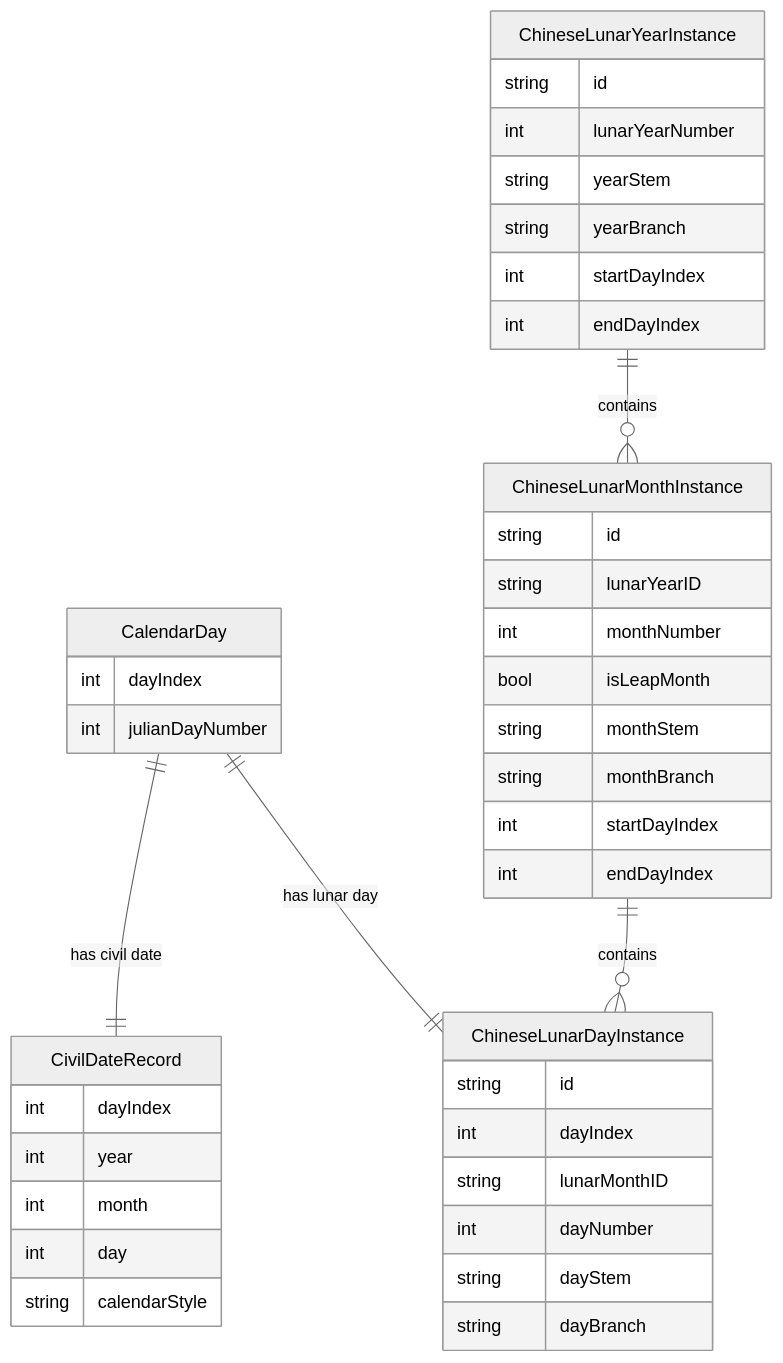
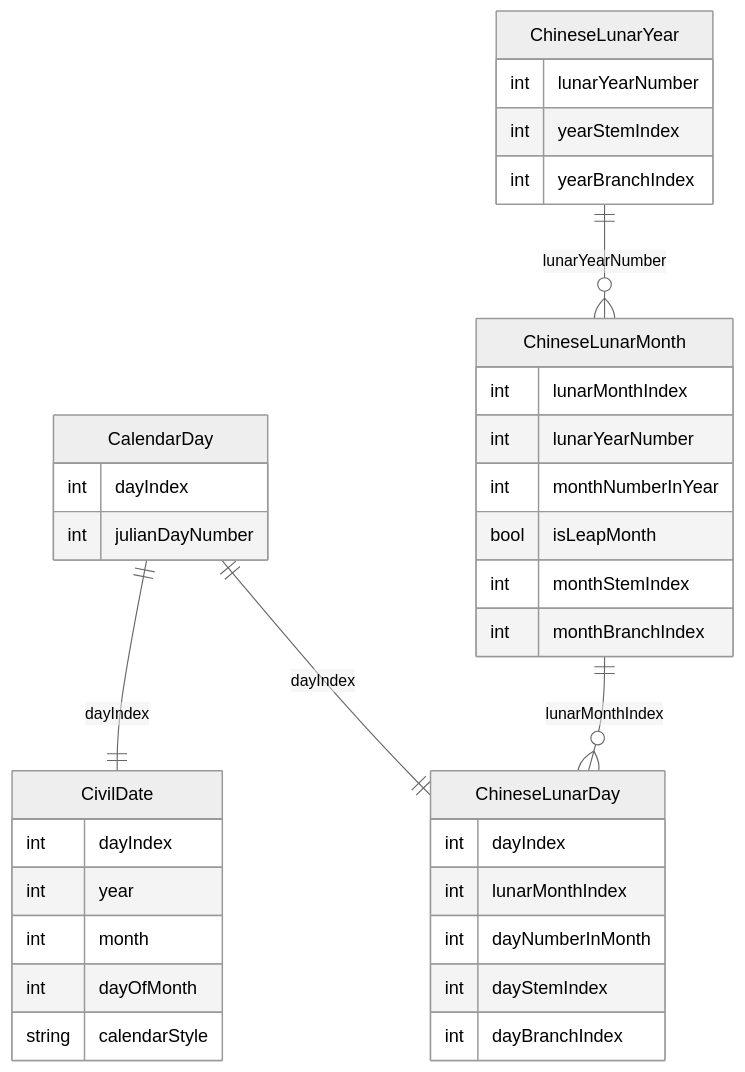
The diagram in Docs/data-model-calendar.md (huahuahu/chinese-calendar), drawn with Mermaid (neutral theme) before and after one commit. The commit also changed other lines of this file, not shown here.

Commit message:
Refine calendar date data model

````diff
--- a/Docs/data-model-calendar.md
+++ b/Docs/data-model-calendar.md
@@ -57,49 +94,43 @@
 ```mermaid
 erDiagram
-    CalendarDay ||--|| CivilDateRecord : "has civil date"
-    CalendarDay ||--|| ChineseLunarDayInstance : "has lunar day"
-    ChineseLunarYearInstance ||--o{ ChineseLunarMonthInstance : "contains"
-    ChineseLunarMonthInstance ||--o{ ChineseLunarDayInstance : "contains"
+    CalendarDay ||--|| CivilDate : "dayIndex"
+    CalendarDay ||--|| ChineseLunarDay : "dayIndex"
+    ChineseLunarYear ||--o{ ChineseLunarMonth : "lunarYearNumber"
+    ChineseLunarMonth ||--o{ ChineseLunarDay : "lunarMonthIndex"
 
     CalendarDay {
         int dayIndex
         int julianDayNumber
     }
 
-    CivilDateRecord {
+    CivilDate {
         int dayIndex
         int year
         int month
-        int day
+        int dayOfMonth
         string calendarStyle
     }
 
-    ChineseLunarYearInstance {
-        string id
+    ChineseLunarYear {
         int lunarYearNumber
-        string yearStem
-        string yearBranch
-        int startDayIndex
-        int endDayIndex
+        int yearStemIndex
+        int yearBranchIndex
     }
 
-    ChineseLunarMonthInstance {
-        string id
-        string lunarYearID
-        int monthNumber
+    ChineseLunarMonth {
+        int lunarMonthIndex
+        int lunarYearNumber
+        int monthNumberInYear
         bool isLeapMonth
-        string monthStem
-        string monthBranch
-        int startDayIndex
-        int endDayIndex
+        int monthStemIndex
+        int monthBranchIndex
     }
 
-    ChineseLunarDayInstance {
-        string id
+    ChineseLunarDay {
         int dayIndex
-        string lunarMonthID
-        int dayNumber
-        string dayStem
-        string dayBranch
+        int lunarMonthIndex
+        int dayNumberInMonth
+        int dayStemIndex
+        int dayBranchIndex
     }
 ```
````
